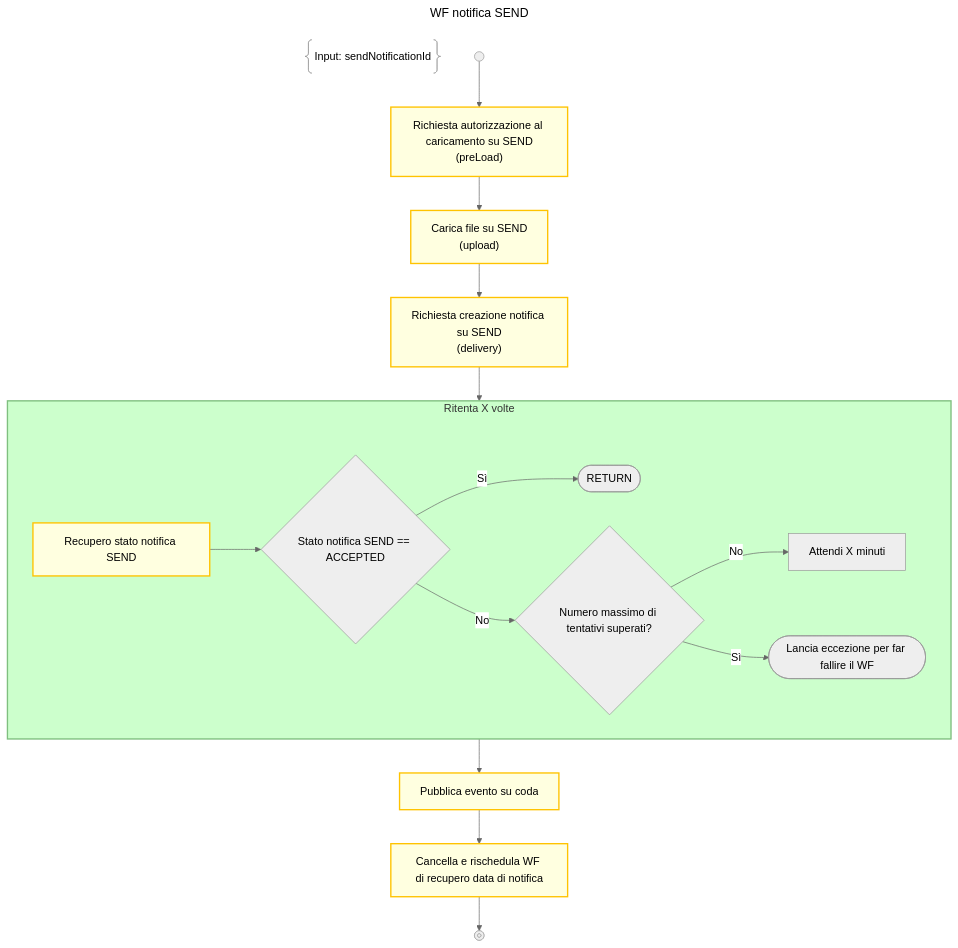
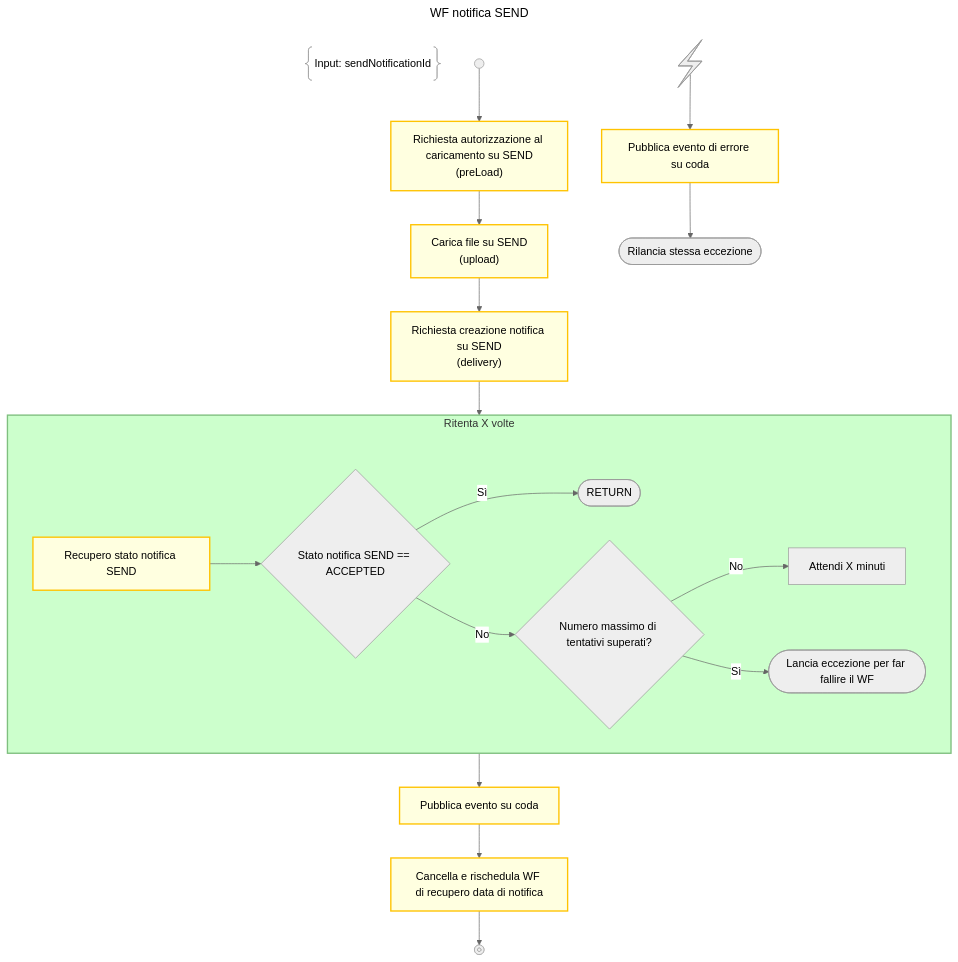
The diagram in design/workflow/notificaSend/wf_SendNotification.mmd (pagopa/p4pa-doc), drawn with Mermaid (neutral theme) before and after one commit. The commit also changed 1 other file, not shown here.

```diff
--- a/design/workflow/notificaSend/wf_SendNotification.mmd
+++ b/design/workflow/notificaSend/wf_SendNotification.mmd
@@ -1,31 +1,35 @@
 ---
 title: WF notifica SEND
 ---
 flowchart TD
     DESCRIPTION@{ shape: braces, label: "Input: sendNotificationId" }
     START@{shape: start} -->
     PRELOAD_SEND:::activity@{label: "Richiesta autorizzazione al caricamento su SEND<BR/>(preLoad)"} -->
     UPLOAD_SEND:::activity@{label: "Carica file su SEND<BR/>(upload)"} -->
     DELIVERY_SEND:::activity@{label: "Richiesta creazione notifica su SEND<BR/>(delivery)"} -->
     WAIT_SEND_ACCEPTANCE_LOOP -->
     PUBLISH_EVENT:::activity@{label: "Pubblica evento su coda"} -->
     SCHEDULE_NOTIFICATION_DATE_RETRIEVE:::activity@{label: "Cancella e rischedula WF di recupero data di notifica"} -->
     END@{shape: stop}
 
     subgraph WAIT_SEND_ACCEPTANCE_LOOP["Ritenta X volte"]
         RETRIEVE_SEND_STATUS:::activity@{label: "Recupero stato notifica SEND"} -->
         IS_ACCEPTED{"Stato notifica SEND == ACCEPTED"} -->
         |Sì|RETURN@{shape: terminal}
 
         IS_ACCEPTED -->
         |No|IS_TOO_MANY_RETRY{"Numero massimo di tentativi superati?"} -->
         |No|WAIT["Attendi X minuti"]
 
         IS_TOO_MANY_RETRY -->
         |Sì|THROW_TOO_MANY_ATTEMPTS_ERROR@{shape: terminal, label: "Lancia eccezione per far fallire il WF"}
     end
     class WAIT_SEND_ACCEPTANCE_LOOP loop
 
+    CATCH_ALL@{shape: bolt} -->
+    PUBLISH_ERROR_EVENT:::activity@{label: "Pubblica evento di errore su coda"} -->
+    RE_THROW@{shape: terminal, label: "Rilancia stessa eccezione"}
+
     classDef disable display:none;
     classDef activity fill:#FFFFE0, stroke:#ffc300, stroke-width:2px;
     classDef loop fill:#CCFFCC, stroke:#7FBF7F, stroke-width:2px, padding-bottom: 5px;
```
